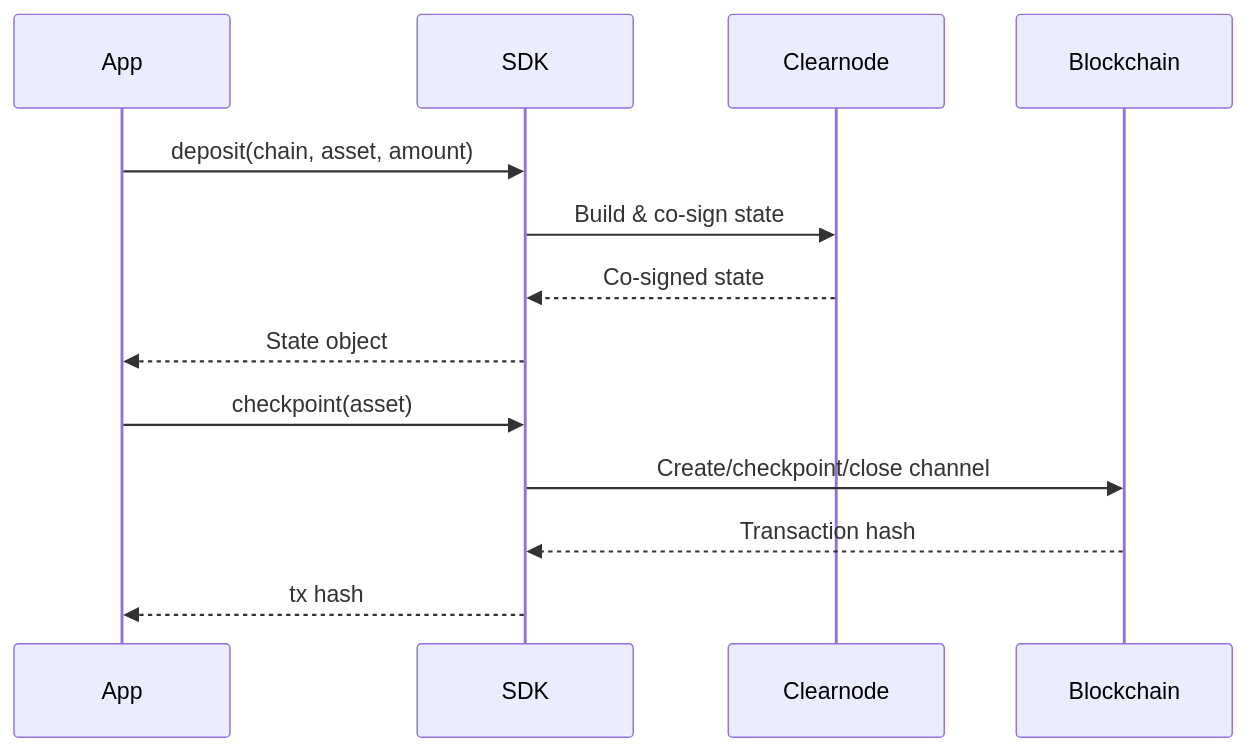
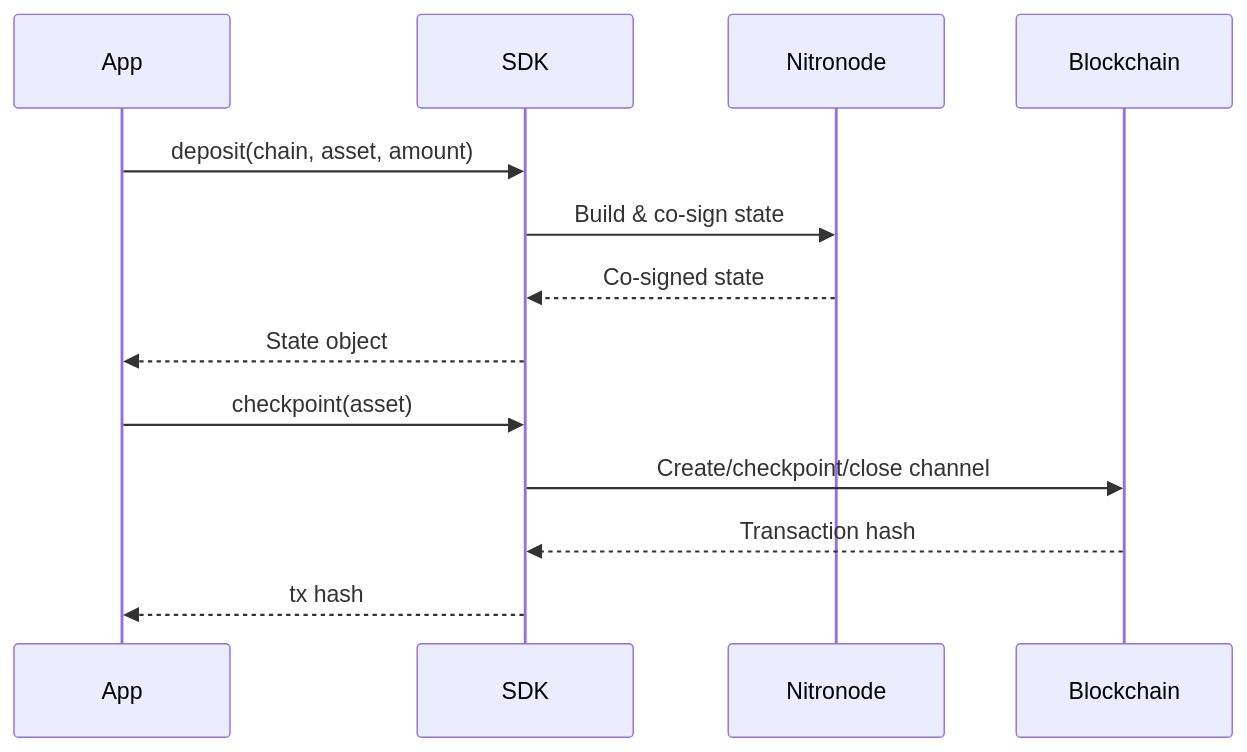
One commit to layer-3/docs changed the diagram in docs/nitrolite/build/sdk/index.md. Above: the diagram before and after it, drawn with Mermaid. The commit also changed other lines of this file and 8 other files, not shown here.

````diff
--- a/docs/nitrolite/build/sdk/index.md
+++ b/docs/nitrolite/build/sdk/index.md
@@ -27,17 +30,17 @@
 ```mermaid
 sequenceDiagram
     participant App
     participant SDK
-    participant Node as Clearnode
+    participant Node as Nitronode
     participant Chain as Blockchain
 
     App->>SDK: deposit(chain, asset, amount)
     SDK->>Node: Build & co-sign state
     Node-->>SDK: Co-signed state
     SDK-->>App: State object
 
     App->>SDK: checkpoint(asset)
     SDK->>Chain: Create/checkpoint/close channel
     Chain-->>SDK: Transaction hash
     SDK-->>App: tx hash
 ```
````
